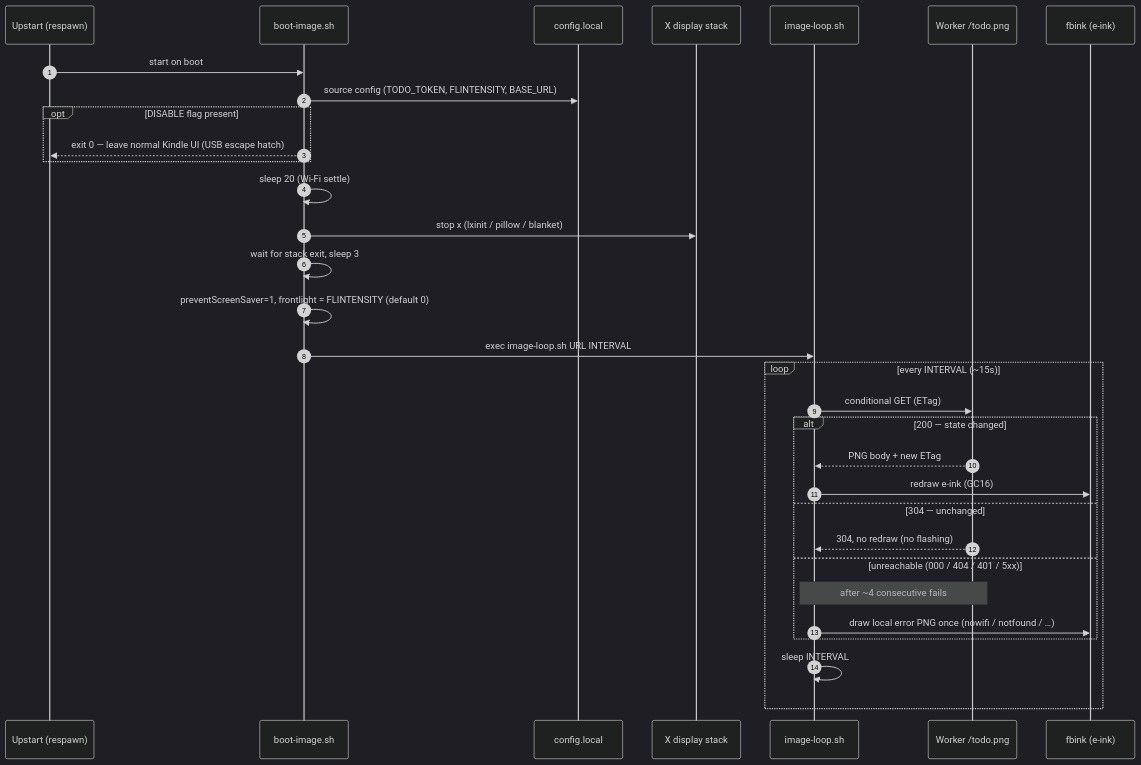
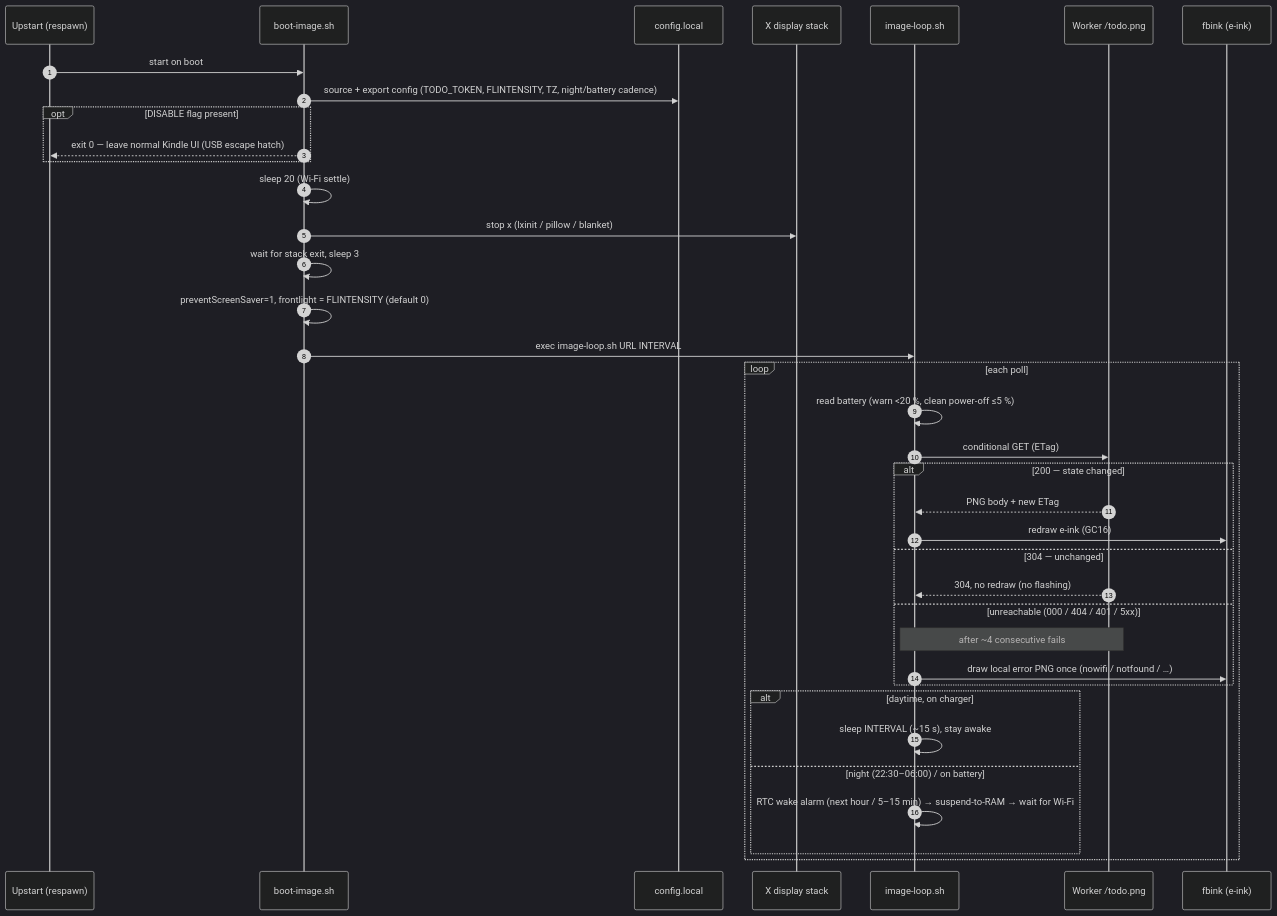
The fourth of 4 diagrams in README.md (dalager/kindle-todo), drawn with Mermaid (dark theme) before and after one commit. The commit also changed other lines of this file and 7 other files, not shown here.

````diff
--- a/README.md
+++ b/README.md
@@ -198,36 +203,41 @@
 ```mermaid
 sequenceDiagram
     autonumber
     participant U as Upstart (respawn)
     participant B as boot-image.sh
     participant Cfg as config.local
     participant X as X display stack
     participant L as image-loop.sh
     participant W as Worker /todo.png
     participant FB as fbink (e-ink)
 
     U->>B: start on boot
-    B->>Cfg: source config (TODO_TOKEN, FLINTENSITY, BASE_URL)
+    B->>Cfg: source + export config (TODO_TOKEN, FLINTENSITY, TZ, night/battery cadence)
     opt DISABLE flag present
         B-->>U: exit 0 — leave normal Kindle UI (USB escape hatch)
     end
     B->>B: sleep 20 (Wi-Fi settle)
     B->>X: stop x (lxinit / pillow / blanket)
     B->>B: wait for stack exit, sleep 3
     B->>B: preventScreenSaver=1, frontlight = FLINTENSITY (default 0)
     B->>L: exec image-loop.sh URL INTERVAL
 
-    loop every INTERVAL (~15s)
+    loop each poll
+        L->>L: read battery (warn <20 %, clean power-off ≤5 %)
         L->>W: conditional GET (ETag)
         alt 200 — state changed
             W-->>L: PNG body + new ETag
             L->>FB: redraw e-ink (GC16)
         else 304 — unchanged
             W-->>L: 304, no redraw (no flashing)
         else unreachable (000 / 404 / 401 / 5xx)
             Note over L,W: after ~4 consecutive fails
             L->>FB: draw local error PNG once (nowifi / notfound / …)
         end
-        L->>L: sleep INTERVAL
+        alt daytime, on charger
+            L->>L: sleep INTERVAL (~15 s), stay awake
+        else night (22:30–06:00) / on battery
+            L->>L: RTC wake alarm (next hour / 5–15 min) → suspend-to-RAM → wait for Wi-Fi
+        end
     end
 ```
````
